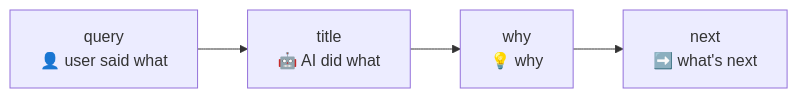
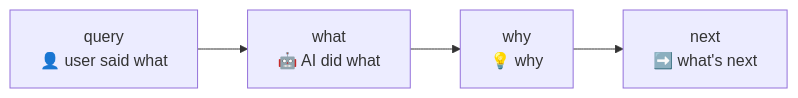
The second of 4 diagrams in docs/EN/cli.md (dozybot001/Intent), drawn with Mermaid before and after one commit. The commit also changed other lines of this file and 2 other files, not shown here.

First line of the commit message:
Rename title → what across all docs, fix --why R → --why W

````diff
--- a/docs/EN/cli.md
+++ b/docs/EN/cli.md
@@ -119,4 +119,4 @@
 ```mermaid
 flowchart LR
-  Q["query\n👤 user said what"] --> T["title\n🤖 AI did what"] --> R["why\n💡 why"] --> N["next\n➡️ what's next"]
+  Q["query\n👤 user said what"] --> W["what\n🤖 AI did what"] --> Y["why\n💡 why"] --> N["next\n➡️ what's next"]
 ```
````
